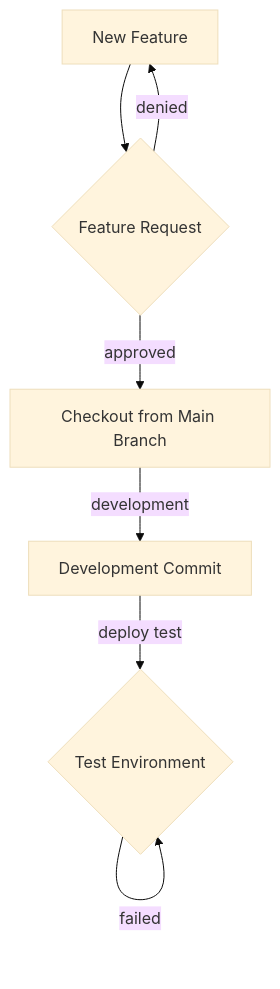
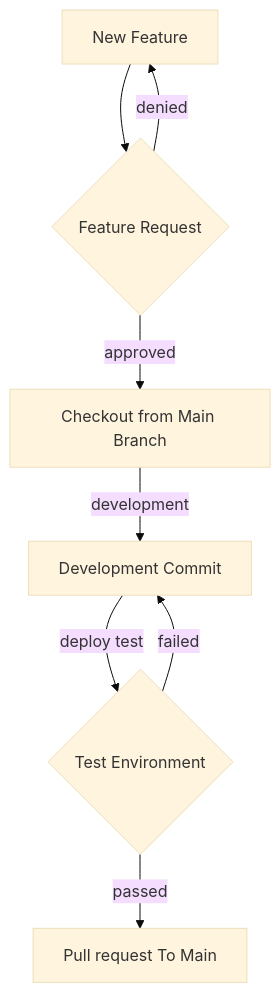
One commit to binaryloom/TaskManagementSystem changed the third of 3 diagrams in docs/project_archetecture.md. Above: the diagram before and after it, drawn with Mermaid (base theme).

Commit message:
Mar 3, 2024, 10:46 PM

````diff
--- a/docs/project_archetecture.md
+++ b/docs/project_archetecture.md
@@ -43,9 +43,10 @@
 ```mermaid
 graph TD;
     new_feature["New Feature"] --> feature_request{Feature Request};
     feature_request --> |denied| new_feature;
     feature_request --> |approved| main_checkout["Checkout from Main Branch"];
     main_checkout --> |development| dev_commit[Development Commit];
     dev_commit --> |deploy test| test_env{Test Environment}
-    test_env --> |failed| test_env
+    test_env --> |failed| dev_commit;
+    test_env --> |passed| pull_request["Pull request To Main"];
 ```
````
